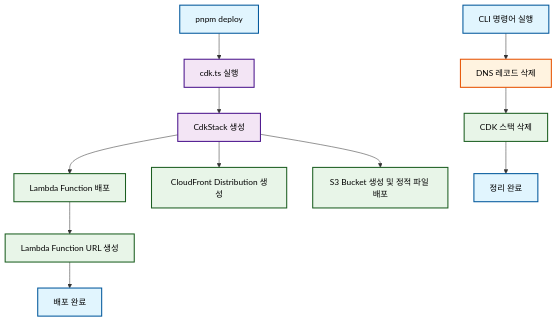
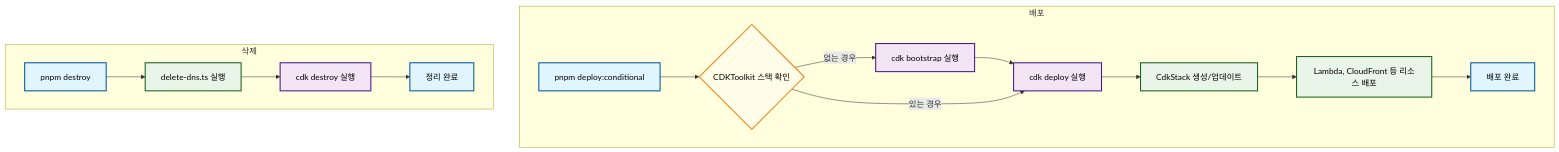
Before and after one commit to shoveller/nonstop: the diagram in packages/aws-infra/infrastructure-readme.md, drawn with Mermaid. The commit also changed other lines of this file and 2 other files, not shown here.

````diff
--- a/packages/aws-infra/infrastructure-readme.md
+++ b/packages/aws-infra/infrastructure-readme.md
@@ -12,25 +13,28 @@
 ```mermaid
 graph TD
-    A[pnpm deploy] --> B[cdk.ts 실행]
-    B --> C[CdkStack 생성]
-    C --> D[Lambda Function 배포]
-    C --> E[CloudFront Distribution 생성]
-    C --> F[S3 Bucket 생성 및 정적 파일 배포]
-    
-    D --> G[Lambda Function URL 생성]
-    G --> H[배포 완료]
-    
-    I[CLI 명령어 실행] --> J[DNS 레코드 삭제]
-    J --> K[CDK 스택 삭제]
-    K --> L[정리 완료]
-    
+    subgraph "배포"
+        A[pnpm deploy:conditional] --> B{CDKToolkit 스택 확인}
+        B -- 없는 경우 --> C[cdk bootstrap 실행]
+        C --> D[cdk deploy 실행]
+        B -- 있는 경우 --> D
+        D --> E[CdkStack 생성/업데이트]
+        E --> F[Lambda, CloudFront 등 리소스 배포]
+        F --> G[배포 완료]
+    end
+
+    subgraph "삭제"
+        H[pnpm destroy] --> I[delete-dns.ts 실행]
+        I --> J[cdk destroy 실행]
+        J --> K[정리 완료]
+    end
+
     classDef startEnd fill:#e1f5fe,stroke:#01579b,stroke-width:2px,color:#000000
     classDef cdk fill:#f3e5f5,stroke:#4a148c,stroke-width:2px,color:#000000
     classDef aws fill:#e8f5e8,stroke:#1b5e20,stroke-width:2px,color:#000000
-    classDef dns fill:#fff3e0,stroke:#e65100,stroke-width:2px,color:#000000
-    
-    class A,H,I,L startEnd
-    class B,C cdk
-    class D,E,F,G,K aws
-    class J dns
+    classDef decision fill:#fffde7,stroke:#f57f17,stroke-width:2px,color:#000000
+
+    class A,G,H,K startEnd
+    class B decision
+    class C,D,J cdk
+    class E,F,I aws
 ```
````
